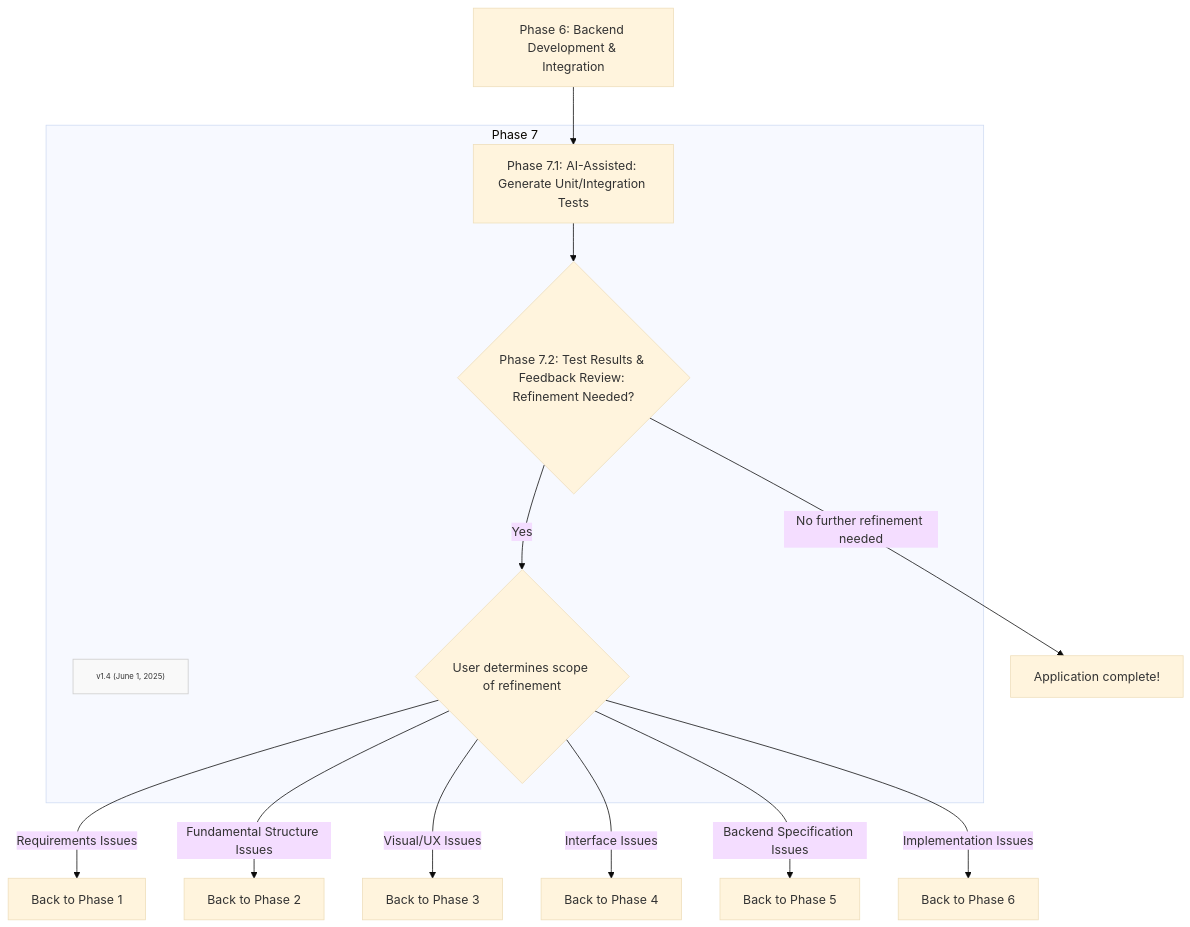
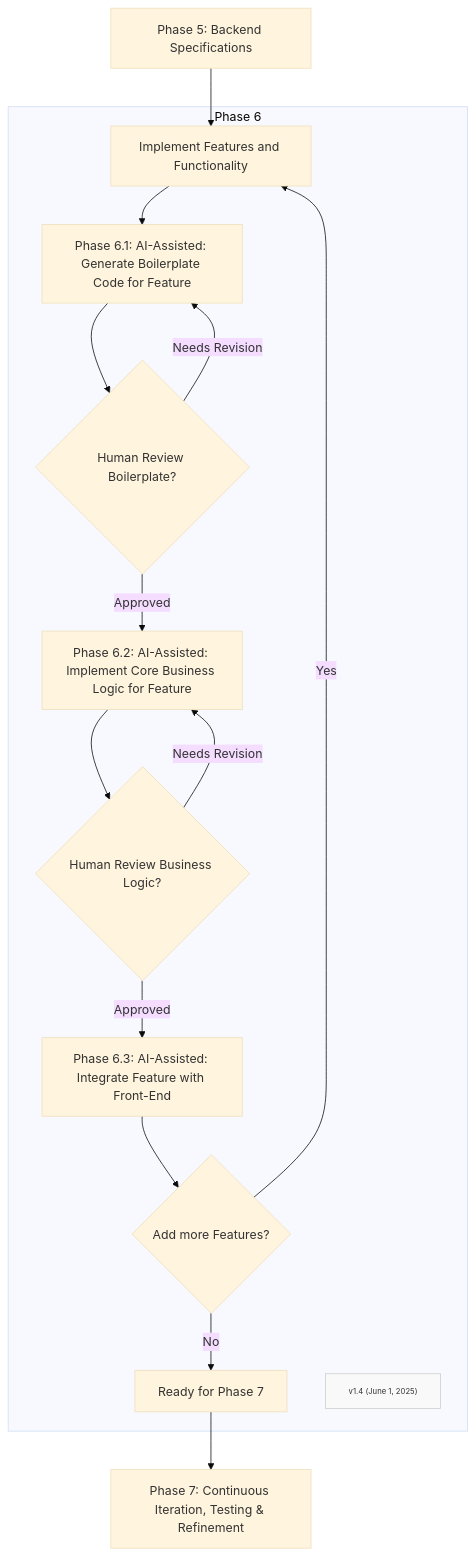
Before and after one commit to Mharbulous/Front-First-Method: the diagram in Phases/FF-phase7.md, drawn with Mermaid (base theme). The commit also changed other lines of this file and 4 other files, not shown here.

````diff
--- a/Phases/FF-phase7.md
+++ b/Phases/FF-phase7.md
@@ -1,22 +2,22 @@
 ```mermaid
 graph TD
-    Phase6["Phase 6: Backend Development & Integration"] --> Phase7_1
-
-    subgraph Phase7 ["Phase 7"]
+    D_Spec["Phase 5: Backend Specifications"] --> D_Loop_Start["Implement Features and Functionality"]
+    
+    subgraph Phase6 ["Phase 6"]
+        D_Loop_Start --> Phase6_1["Phase 6.1: AI-Assisted: Generate Boilerplate Code for Feature"]
+        Phase6_1 --> Phase6_1_Val{"Human Review Boilerplate?"}
+        Phase6_1_Val -->|Needs Revision| Phase6_1
+        Phase6_1_Val -->|Approved| Phase6_2["Phase 6.2: AI-Assisted: Implement Core Business Logic for Feature"]
+        Phase6_2 --> Phase6_2_Val{"Human Review Business Logic?"}
+        Phase6_2_Val -->|Needs Revision| Phase6_2
+        Phase6_2_Val -->|Approved| Phase6_3["Phase 6.3: AI-Assisted: Integrate Feature with Front-End"]
+        Phase6_3 --> D_Loop_Check{"Add more Features?"}
+        D_Loop_Check -->|Yes| D_Loop_Start
+        D_Loop_Check -->|No| ReadyForPhase7["Ready for Phase 7"]
         Version["v1.4 (June 1, 2025)"]
         classDef version fill:#f9f9f9,stroke:#ccc,font-size:10px
         class Version version
-        Phase7_1["Phase 7.1: AI-Assisted: Generate Unit/Integration Tests"] --> Phase7_2{"Phase 7.2: Test Results & Feedback Review: Refinement Needed?"} 
-        Phase7_2 --> |Yes|RefineDecision{"User determines scope of refinement"}
-        
     end
 
-Phase7_2 -->  |No further refinement needed|AllGood["Application complete!"]       
-RefineDecision -->|Requirements Issues| Back2Phase1["Back to Phase 1"]
-RefineDecision -->|Fundamental Structure Issues| Back2Phase2["Back to Phase 2"]
-RefineDecision -->|Visual/UX Issues| Back2Phase3["Back to Phase 3"]
-RefineDecision -->|Interface Issues| Back2Phase4["Back to Phase 4"]
-RefineDecision -->|Backend Specification Issues| Back2Phase5["Back to Phase 5"]
-RefineDecision -->|Implementation Issues| Back2Phase6["Back to Phase 6"]
-
+ReadyForPhase7 --> Phase7["Phase 7: Continuous Iteration, Testing & Refinement"]
 ```
````
